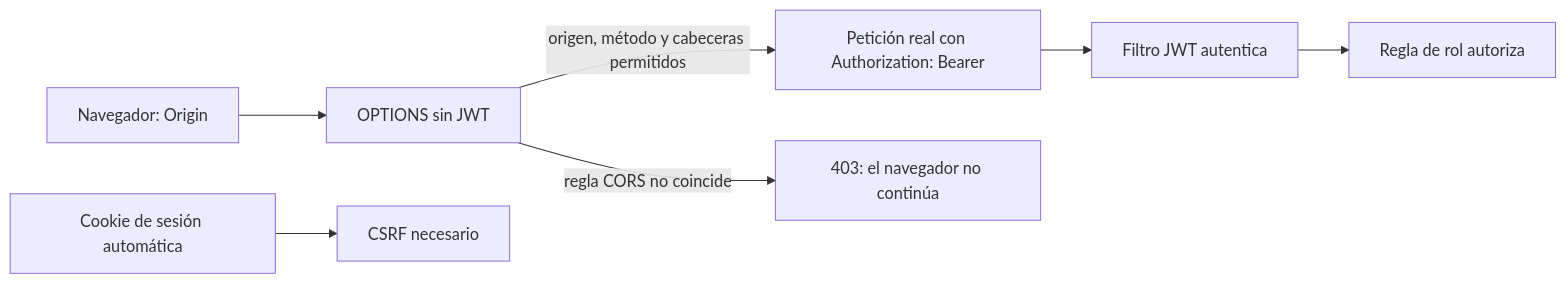
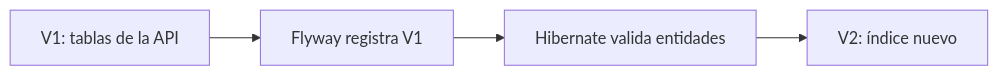
The third of 4 diagrams in web/public/content/spring-boot/modulo-4.md (NICORUIZ93/The_Imperial_Book), drawn with Mermaid before and after one commit. The commit also changed other lines of this file and 125 other files, not shown here.

````diff
--- a/web/public/content/spring-boot/modulo-4.md
+++ b/web/public/content/spring-boot/modulo-4.md
@@ -536,8 +541,6 @@
 ```mermaid
 flowchart LR
-  B["Navegador: Origin"] --> O["OPTIONS sin JWT"]
-  O -->|origen, método y cabeceras permitidos| R["Petición real con Authorization: Bearer"]
-  O -->|regla CORS no coincide| X["403: el navegador no continúa"]
-  R --> J["Filtro JWT autentica"] --> A["Regla de rol autoriza"]
-  C["Cookie de sesión automática"] --> S["CSRF necesario"]
+  A["V1: tablas de la API"] --> B["Flyway registra V1"]
+  B --> C["Hibernate valida entidades"]
+  C --> D["V2: índice nuevo"]
 ```
````
